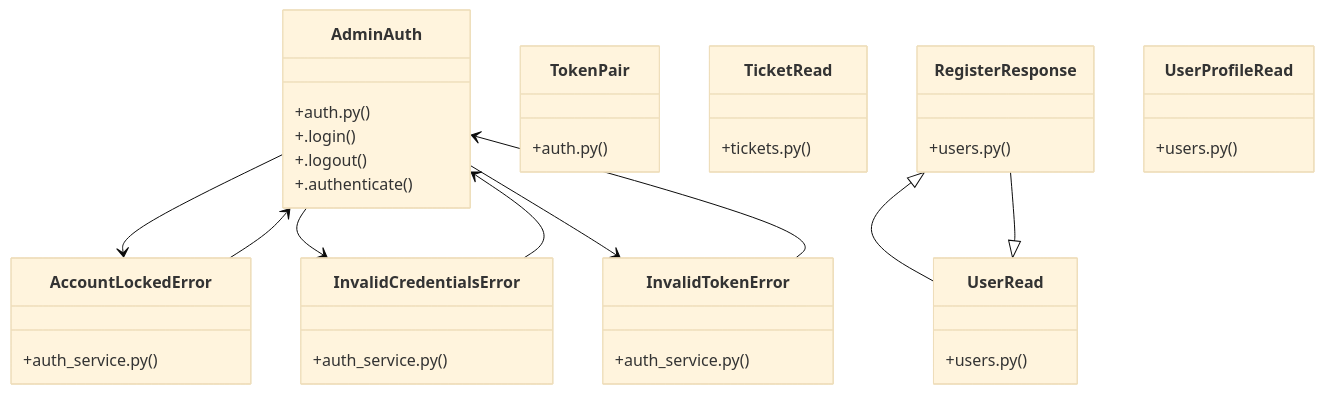
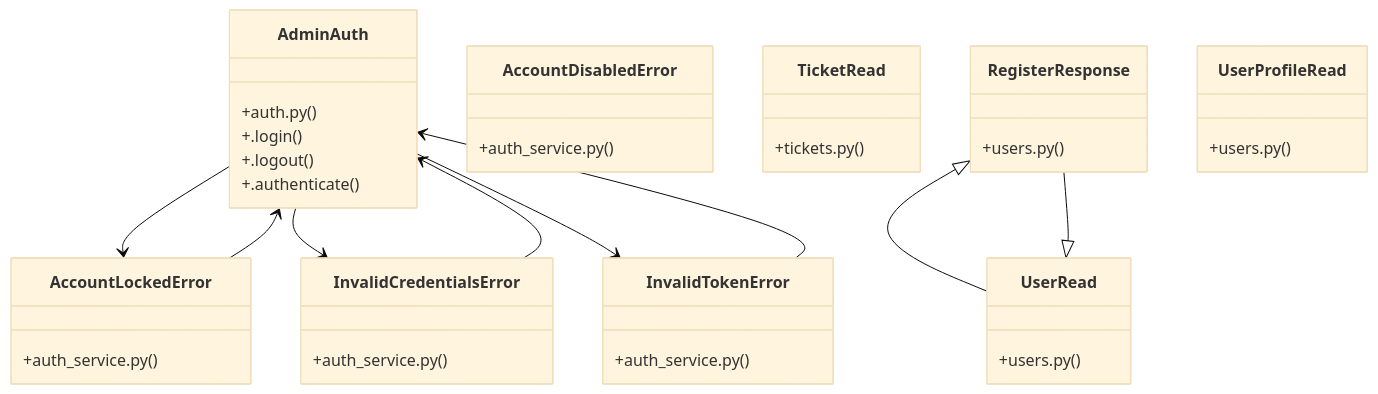
The diagram in graphify-out/wiki/[PromoCode_&_Payment]_Cluster.md (adjanayo/synca_conf_back), drawn with Mermaid (base theme) before and after one commit. The commit also changed other lines of this file and 82 other files, not shown here.

Commit message:
docs: mise à jour graphify (graphe du code)

````diff
--- a/graphify-out/wiki/[PromoCode_&_Payment]_Cluster.md
+++ b/graphify-out/wiki/[PromoCode_&_Payment]_Cluster.md
@@ -36,41 +36,41 @@
 ```mermaid
 classDiagram
     class AdminAuth {
         +auth.py()
         +.login()
         +.logout()
         +.authenticate()
+    }
+    class AccountDisabledError {
+        +auth_service.py()
     }
     class AccountLockedError {
         +auth_service.py()
     }
     class InvalidCredentialsError {
         +auth_service.py()
     }
     class InvalidTokenError {
         +auth_service.py()
-    }
-    class TokenPair {
-        +auth.py()
     }
     class TicketRead {
         +tickets.py()
     }
     class RegisterResponse {
         +users.py()
     }
     class UserProfileRead {
         +users.py()
     }
     class UserRead {
         +users.py()
     }
     AdminAuth --> AccountLockedError
     AdminAuth --> InvalidCredentialsError
     AdminAuth --> InvalidTokenError
     AccountLockedError --> AdminAuth
     InvalidCredentialsError --> AdminAuth
     InvalidTokenError --> AdminAuth
     UserRead <|-- RegisterResponse
     RegisterResponse <|-- UserRead
 ```
````
